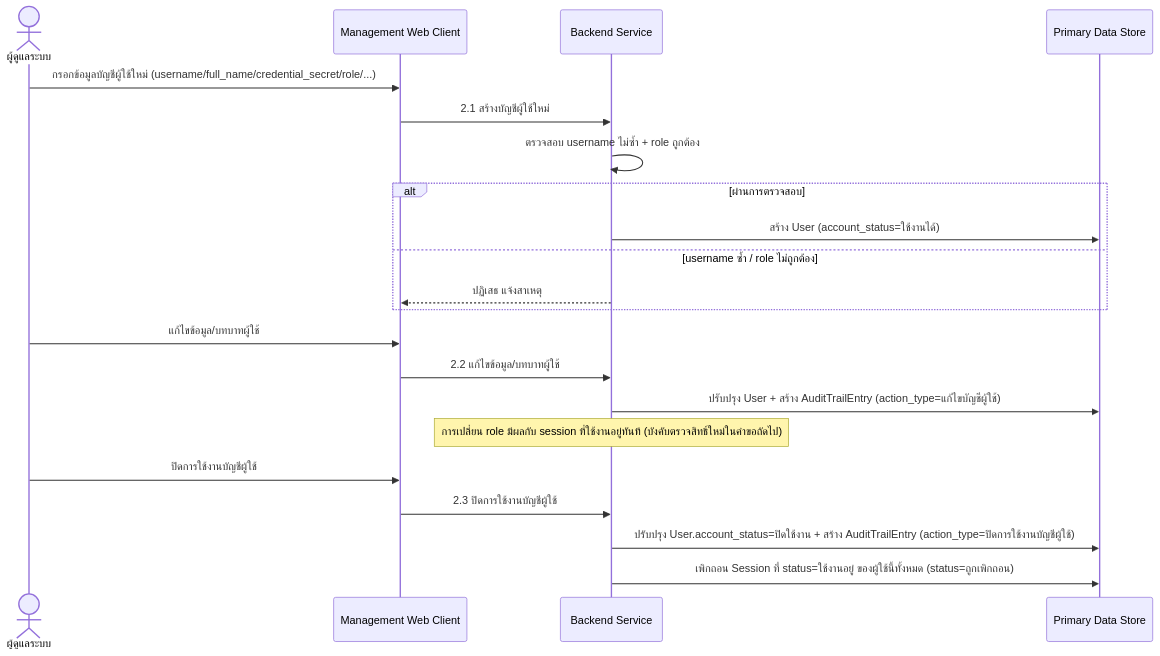
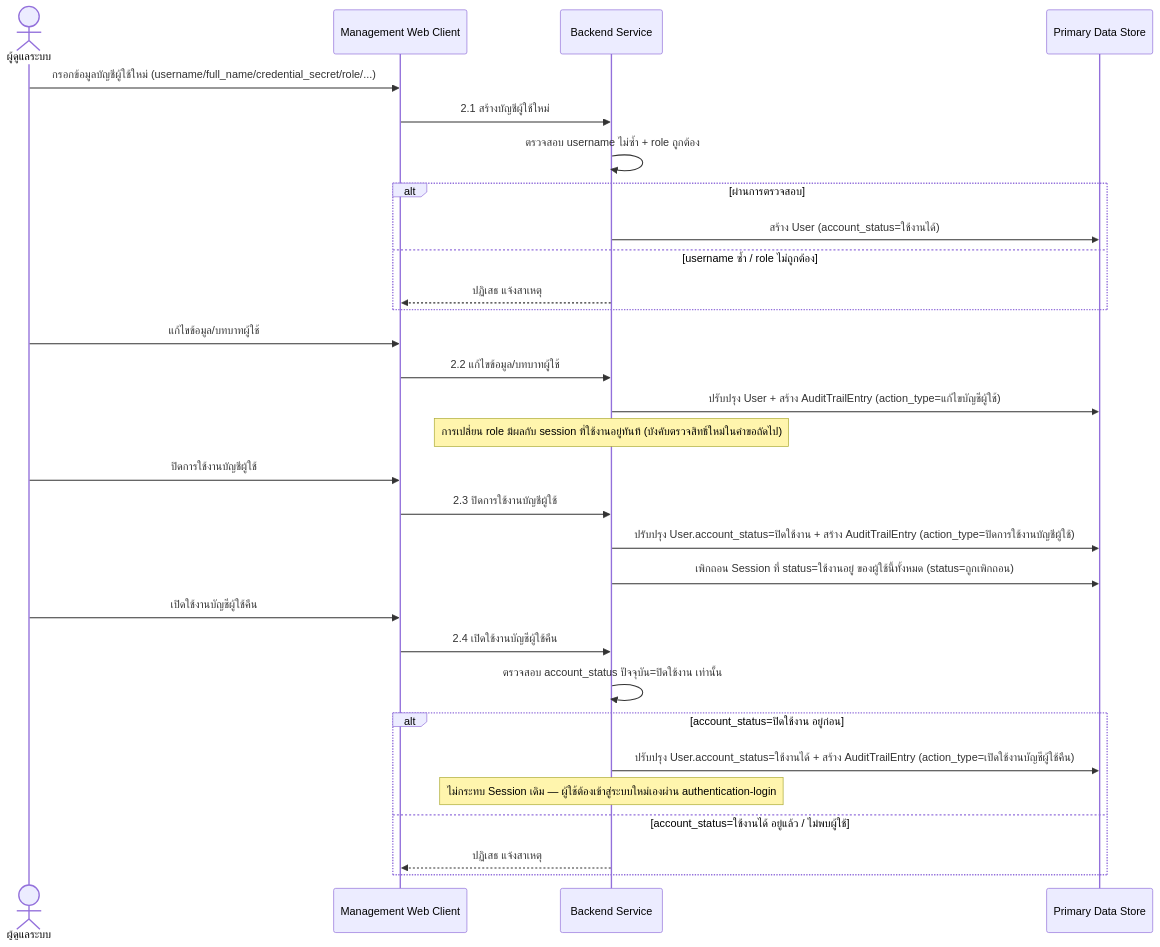
Before and after one commit to sirikorn-cmru/CrackAI-Field: the first of 2 diagrams in docs/02-design/02-technical/detailed-design/user-management.md, drawn with Mermaid. The commit also changed other lines of this file and 11 other files, not shown here.

````diff
--- a/docs/02-design/02-technical/detailed-design/user-management.md
+++ b/docs/02-design/02-technical/detailed-design/user-management.md
@@ -9,26 +9,36 @@
 ```mermaid
 sequenceDiagram
     actor AD as ผู้ดูแลระบบ
     participant MC as Management Web Client
     participant BE as Backend Service
     participant DB as Primary Data Store
 
     AD->>MC: กรอกข้อมูลบัญชีผู้ใช้ใหม่ (username/full_name/credential_secret/role/...)
     MC->>BE: 2.1 สร้างบัญชีผู้ใช้ใหม่
     BE->>BE: ตรวจสอบ username ไม่ซ้ำ + role ถูกต้อง
     alt ผ่านการตรวจสอบ
         BE->>DB: สร้าง User (account_status=ใช้งานได้)
     else username ซ้ำ / role ไม่ถูกต้อง
         BE-->>MC: ปฏิเสธ แจ้งสาเหตุ
     end
 
     AD->>MC: แก้ไขข้อมูล/บทบาทผู้ใช้
     MC->>BE: 2.2 แก้ไขข้อมูล/บทบาทผู้ใช้
     BE->>DB: ปรับปรุง User + สร้าง AuditTrailEntry (action_type=แก้ไขบัญชีผู้ใช้)
     Note over BE: การเปลี่ยน role มีผลกับ session ที่ใช้งานอยู่ทันที (บังคับตรวจสิทธิ์ใหม่ในคำขอถัดไป)
 
     AD->>MC: ปิดการใช้งานบัญชีผู้ใช้
     MC->>BE: 2.3 ปิดการใช้งานบัญชีผู้ใช้
     BE->>DB: ปรับปรุง User.account_status=ปิดใช้งาน + สร้าง AuditTrailEntry (action_type=ปิดการใช้งานบัญชีผู้ใช้)
     BE->>DB: เพิกถอน Session ที่ status=ใช้งานอยู่ ของผู้ใช้นี้ทั้งหมด (status=ถูกเพิกถอน)
+
+    AD->>MC: เปิดใช้งานบัญชีผู้ใช้คืน
+    MC->>BE: 2.4 เปิดใช้งานบัญชีผู้ใช้คืน
+    BE->>BE: ตรวจสอบ account_status ปัจจุบัน=ปิดใช้งาน เท่านั้น
+    alt account_status=ปิดใช้งาน อยู่ก่อน
+        BE->>DB: ปรับปรุง User.account_status=ใช้งานได้ + สร้าง AuditTrailEntry (action_type=เปิดใช้งานบัญชีผู้ใช้คืน)
+        Note over BE: ไม่กระทบ Session เดิม — ผู้ใช้ต้องเข้าสู่ระบบใหม่เองผ่าน authentication-login
+    else account_status=ใช้งานได้ อยู่แล้ว / ไม่พบผู้ใช้
+        BE-->>MC: ปฏิเสธ แจ้งสาเหตุ
+    end
 ```
````
